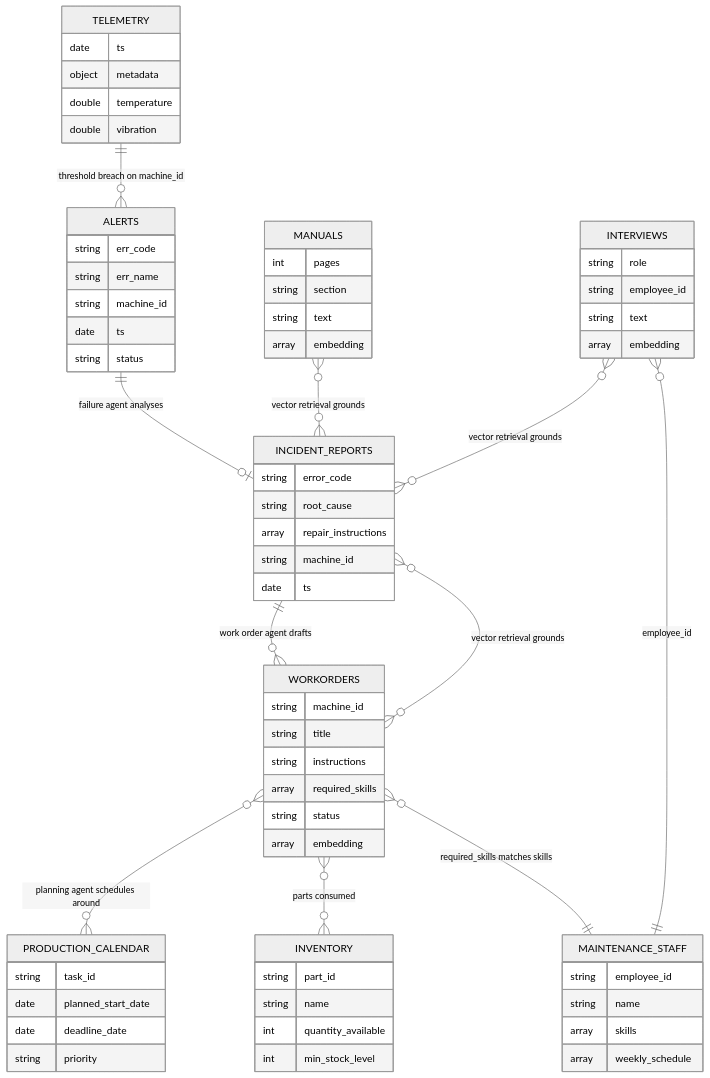
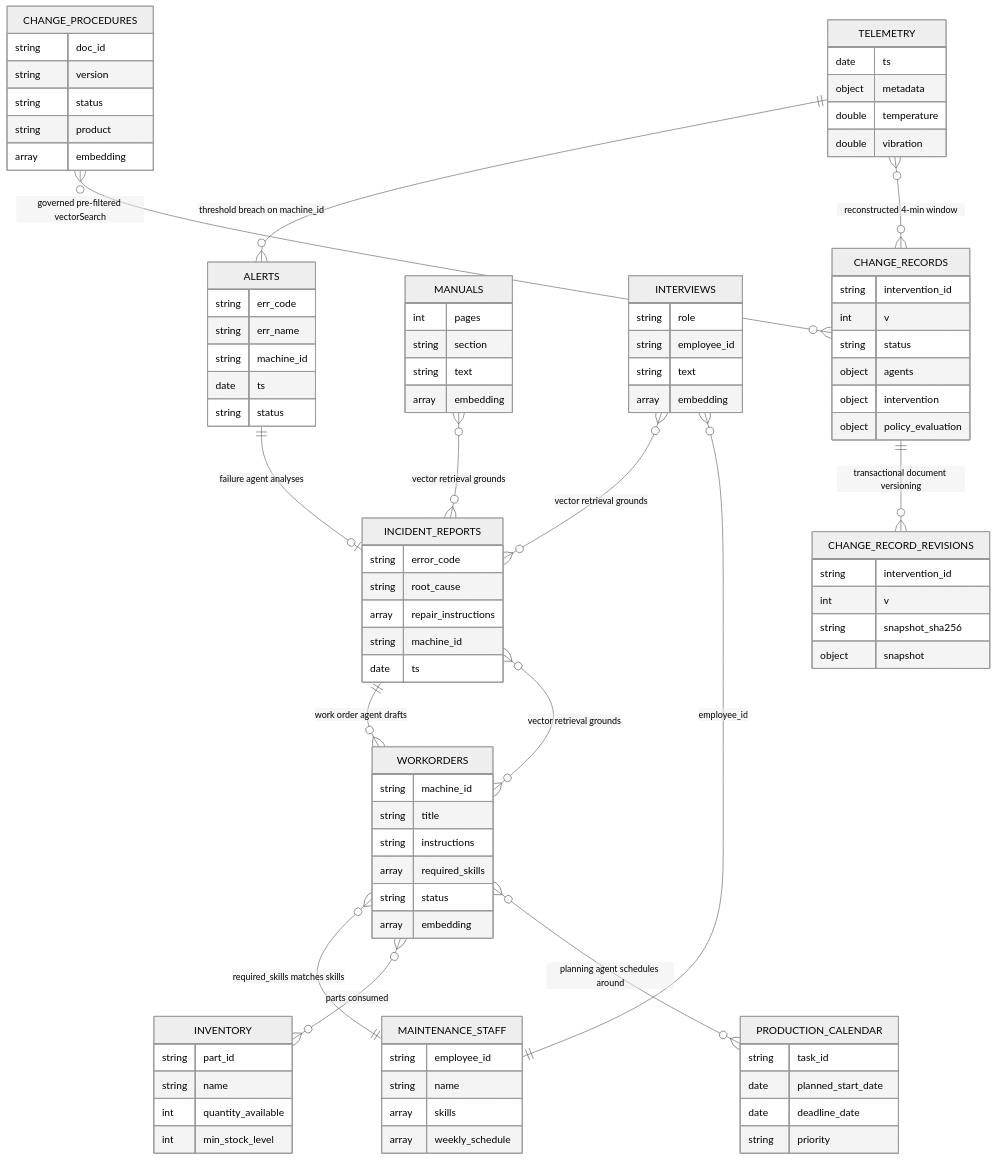
Before and after one commit to mongodb-industry-solutions/multiagent-predictive-maintenance: the diagram in EDD.md, drawn with Mermaid (neutral theme). The commit also changed other lines of this file and 22 other files, not shown here.

````diff
--- a/EDD.md
+++ b/EDD.md
@@ -301,6 +378,9 @@
     WORKORDERS }o--o{ INVENTORY : "parts consumed"
     WORKORDERS }o--o{ PRODUCTION_CALENDAR : "planning agent schedules around"
     INTERVIEWS }o--|| MAINTENANCE_STAFF : "employee_id"
+    CHANGE_RECORDS ||--o{ CHANGE_RECORD_REVISIONS : "transactional document versioning"
+    CHANGE_PROCEDURES }o--o{ CHANGE_RECORDS : "governed pre-filtered vectorSearch"
+    TELEMETRY }o--o{ CHANGE_RECORDS : "reconstructed 4-min window"
 
     TELEMETRY {
         date ts
@@ -360,4 +440,25 @@
         date deadline_date
         string priority
     }
+    CHANGE_RECORDS {
+        string intervention_id
+        int v
+        string status
+        object agents
+        object intervention
+        object policy_evaluation
+    }
+    CHANGE_RECORD_REVISIONS {
+        string intervention_id
+        int v
+        string snapshot_sha256
+        object snapshot
+    }
+    CHANGE_PROCEDURES {
+        string doc_id
+        string version
+        string status
+        string product
+        array embedding
+    }
 ```
````
